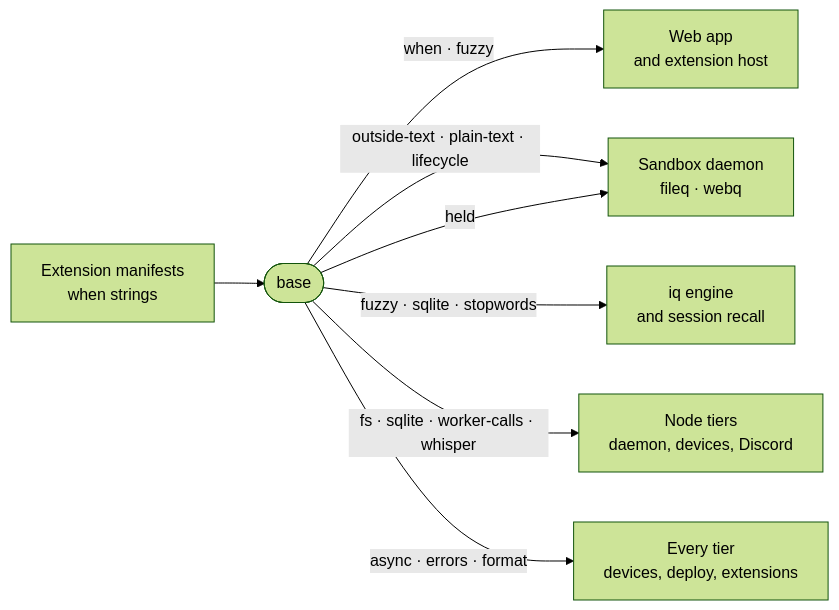
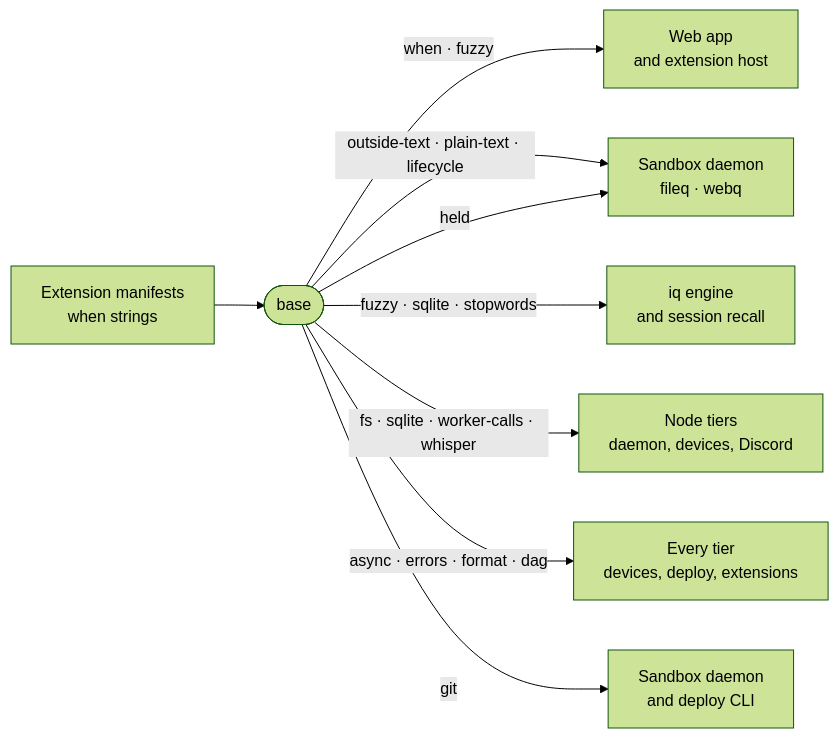
One commit to intentic/intentic changed the diagram in _tools/base/README.md. Above: the diagram before and after it, drawn with Mermaid (forest theme). The commit also changed other lines of this file and 2216 other files, not shown here.

Commit message:
chore(docs): refresh architecture index for extension changes

````diff
--- a/_tools/base/README.md
+++ b/_tools/base/README.md
@@ -5,10 +5,11 @@
 ```mermaid
 flowchart LR
     manifest["Extension manifests<br/>when strings"] --> base(["base"])
     base -->|"when · fuzzy"| web["Web app<br/>and extension host"]
     base -->|"outside-text · plain-text · lifecycle"| daemon["Sandbox daemon<br/>fileq · webq"]
     base -->|"fuzzy · sqlite · stopwords"| iq["iq engine<br/>and session recall"]
     base -->|"fs · sqlite · worker-calls · whisper"| node["Node tiers<br/>daemon, devices, Discord"]
-    base -->|"async · errors · format"| rest["Every tier<br/>devices, deploy, extensions"]
+    base -->|"async · errors · format · dag"| rest["Every tier<br/>devices, deploy, extensions"]
     base -->|"held"| daemon
+    base -->|"git"| gitusers["Sandbox daemon<br/>and deploy CLI"]
 ```
````
